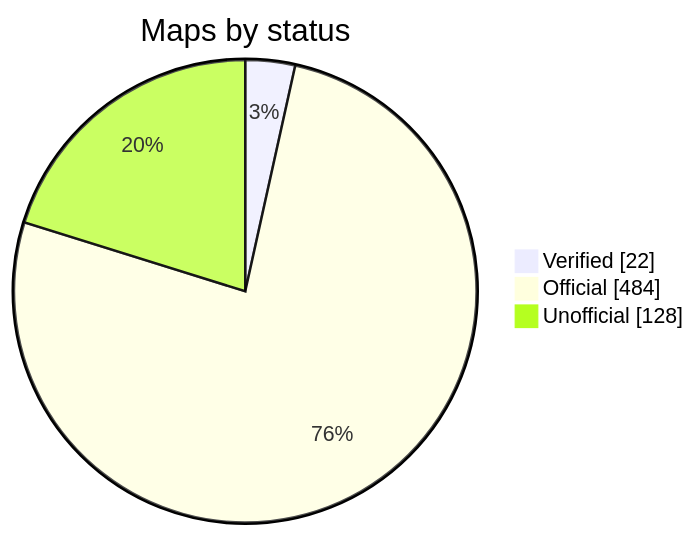
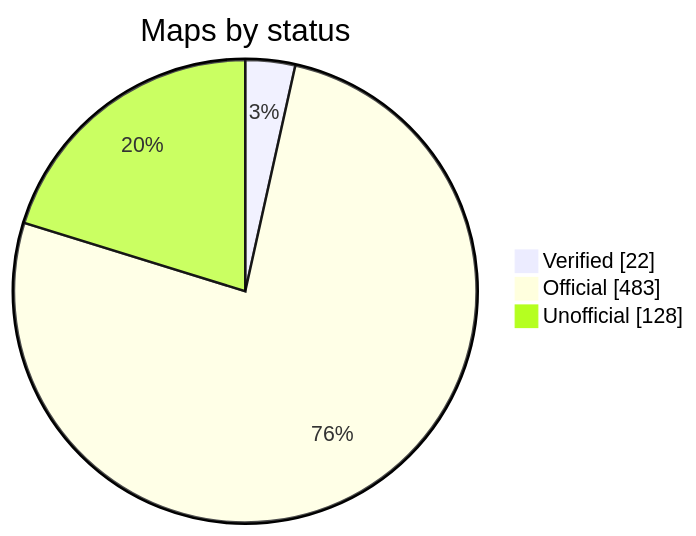
One commit to nobrega8/mbmap-library changed the diagram in README.md. Above: the diagram before and after it, drawn with Mermaid. The commit also changed 7 other files, not shown here.

````diff
--- a/README.md
+++ b/README.md
@@ -52,7 +52,7 @@
 ```mermaid
 pie showData
     title Maps by status
     "Verified" : 22
-    "Official" : 484
+    "Official" : 483
     "Unofficial" : 128
 ```
````
